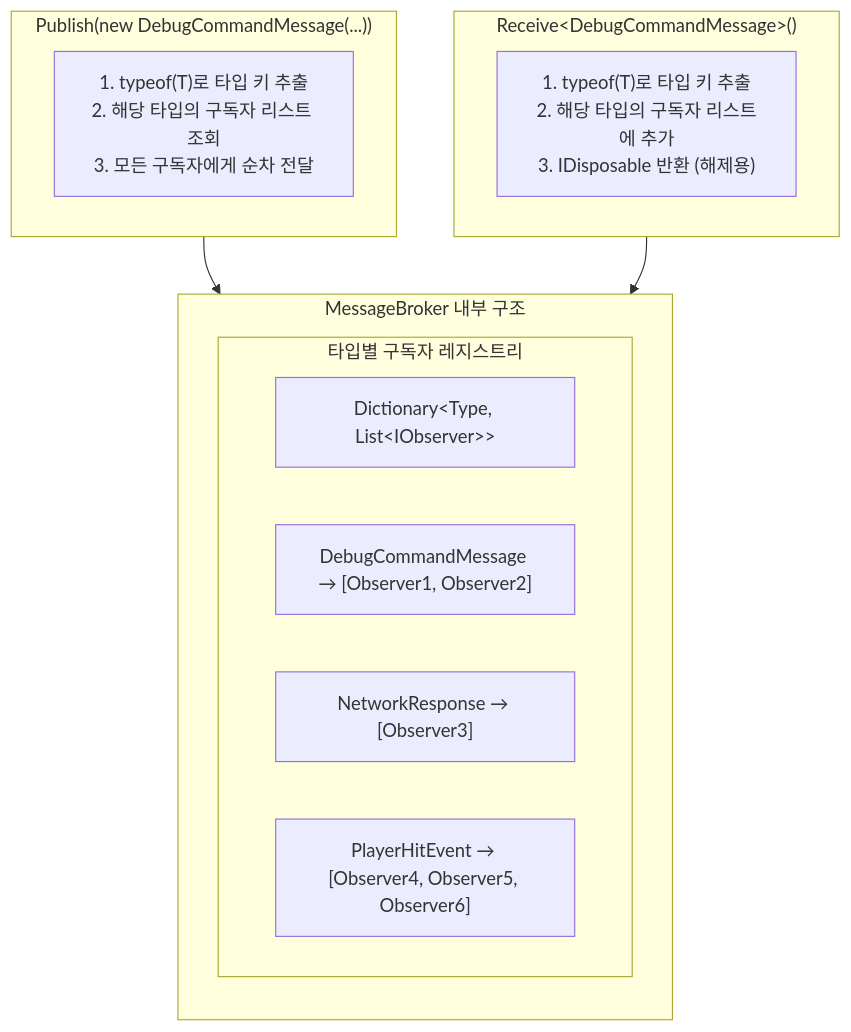
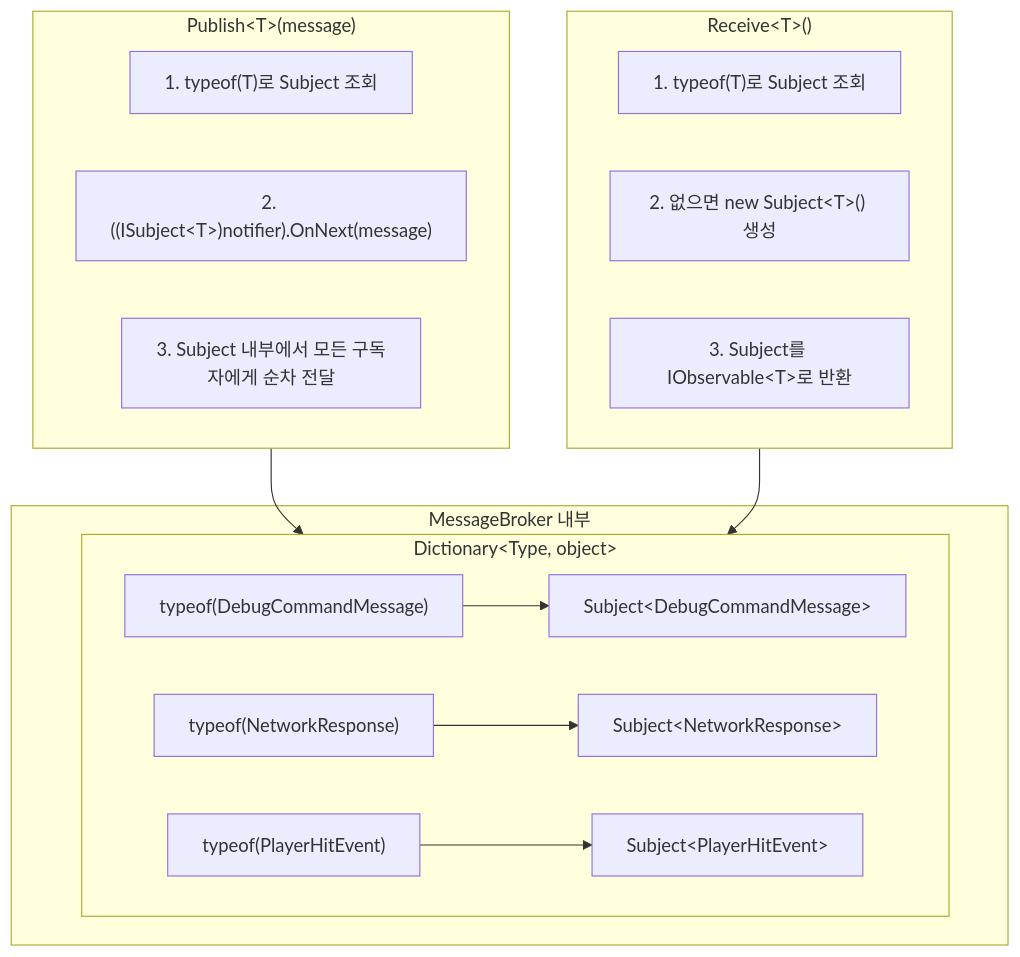
Before and after one commit to Epheria/Epheria.github.io: the second of 7 diagrams in _posts/Csharp/UniRx/2025-09-24-MessageBroker.md, drawn with Mermaid. The commit also changed other lines of this file and 2 other files, not shown here.

````diff
--- a/_posts/Csharp/UniRx/2025-09-24-MessageBroker.md
+++ b/_posts/Csharp/UniRx/2025-09-24-MessageBroker.md
@@ -89,23 +129,25 @@
 ```mermaid
 flowchart TB
-    subgraph Internal["MessageBroker 내부 구조"]
-        direction TB
-        subgraph Registry["타입별 구독자 레지스트리"]
-            R1["Dictionary&lt;Type, List&lt;IObserver&gt;&gt;"]
-            T1["DebugCommandMessage → [Observer1, Observer2]"]
-            T2["NetworkResponse → [Observer3]"]
-            T3["PlayerHitEvent → [Observer4, Observer5, Observer6]"]
+    subgraph Internal["MessageBroker 내부"]
+        subgraph Dict["Dictionary&lt;Type, object&gt;"]
+            K1["typeof(DebugCommandMessage)"] --> V1["Subject&lt;DebugCommandMessage&gt;"]
+            K2["typeof(NetworkResponse)"] --> V2["Subject&lt;NetworkResponse&gt;"]
+            K3["typeof(PlayerHitEvent)"] --> V3["Subject&lt;PlayerHitEvent&gt;"]
         end
     end
 
-    subgraph Publish["Publish(new DebugCommandMessage(...))"]
-        PB["1. typeof(T)로 타입 키 추출<br/>2. 해당 타입의 구독자 리스트 조회<br/>3. 모든 구독자에게 순차 전달"]
+    subgraph Publish["Publish&lt;T&gt;(message)"]
+        P1["1. typeof(T)로 Subject 조회"]
+        P2["2. ((ISubject&lt;T&gt;)notifier).OnNext(message)"]
+        P3["3. Subject 내부에서 모든 구독자에게 순차 전달"]
     end
 
-    subgraph Subscribe["Receive&lt;DebugCommandMessage&gt;()"]
-        SB["1. typeof(T)로 타입 키 추출<br/>2. 해당 타입의 구독자 리스트에 추가<br/>3. IDisposable 반환 (해제용)"]
+    subgraph Receive["Receive&lt;T&gt;()"]
+        R1["1. typeof(T)로 Subject 조회"]
+        R2["2. 없으면 new Subject&lt;T&gt;() 생성"]
+        R3["3. Subject를 IObservable&lt;T&gt;로 반환"]
     end
 
-    Publish --> Registry
-    Subscribe --> Registry
+    Publish --> Dict
+    Receive --> Dict
 ```
````
